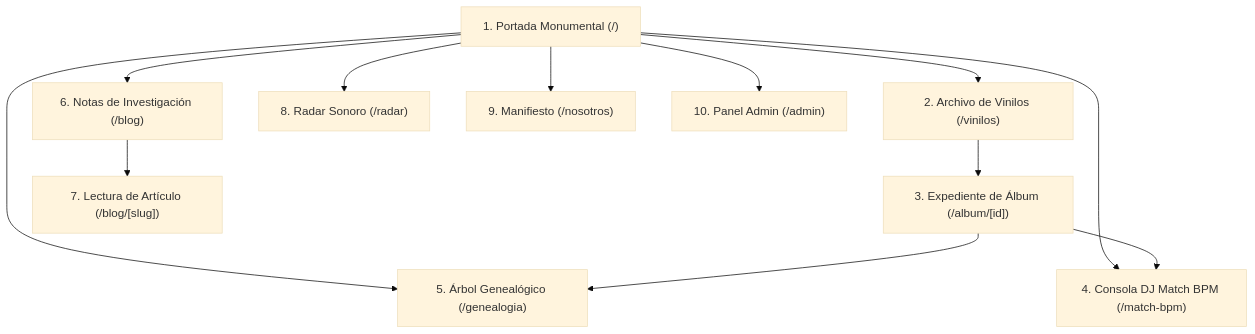
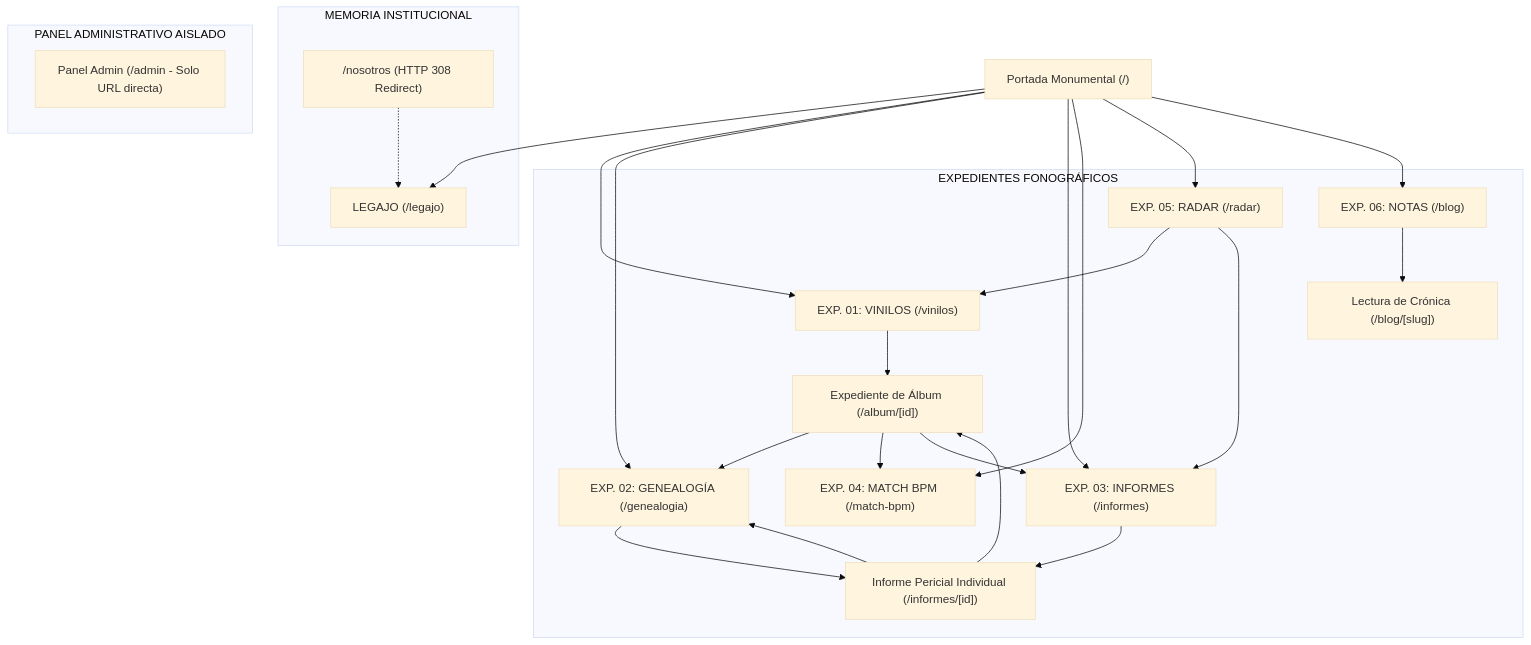
One commit to JorgeJordyJaimes/cumbia-peruana changed the diagram in docs/04-diseno/pantallas.md. Above: the diagram before and after it, drawn with Mermaid (base theme). The commit also changed other lines of this file and 29 other files, not shown here.

Commit message:
feat(navegacion): reorganizar arquitectura en 7 secciones canonicas, crear informes periciales, legajo institucional y aislar admin

````diff
--- a/docs/04-diseno/pantallas.md
+++ b/docs/04-diseno/pantallas.md
@@ -25,25 +27,50 @@
 ```mermaid
 flowchart TD
-    Home["1. Portada Monumental (/)"]
-    Vinilos["2. Archivo de Vinilos (/vinilos)"]
-    AlbumDetail["3. Expediente de Álbum (/album/[id])"]
-    MatchBPM["4. Consola DJ Match BPM (/match-bpm)"]
-    Genealogia["5. Árbol Genealógico (/genealogia)"]
-    Blog["6. Notas de Investigación (/blog)"]
-    BlogSlug["7. Lectura de Artículo (/blog/[slug])"]
-    Radar["8. Radar Sonoro (/radar)"]
-    Nosotros["9. Manifiesto (/nosotros)"]
-    Admin["10. Panel Admin (/admin)"]
+    Home["Portada Monumental (/)"]
+    
+    subgraph Expedientes ["EXPEDIENTES FONOGRÁFICOS"]
+        Exp01["EXP. 01: VINILOS (/vinilos)"]
+        AlbumDetail["Expediente de Álbum (/album/[id])"]
+        Exp02["EXP. 02: GENEALOGÍA (/genealogia)"]
+        Exp03["EXP. 03: INFORMES (/informes)"]
+        InformeDetail["Informe Pericial Individual (/informes/[id])"]
+        Exp04["EXP. 04: MATCH BPM (/match-bpm)"]
+        Exp05["EXP. 05: RADAR (/radar)"]
+        Exp06["EXP. 06: NOTAS (/blog)"]
+        BlogSlug["Lectura de Crónica (/blog/[slug])"]
+    end
 
-    Home --> Vinilos
-    Home --> MatchBPM
-    Home --> Genealogia
-    Home --> Blog
-    Home --> Radar
-    Home --> Nosotros
-    Vinilos --> AlbumDetail
-    AlbumDetail --> Genealogia
-    AlbumDetail --> MatchBPM
-    Blog --> BlogSlug
-    Home --> Admin
+    subgraph Institucional ["MEMORIA INSTITUCIONAL"]
+        Legajo["LEGAJO (/legajo)"]
+        Nosotros["/nosotros (HTTP 308 Redirect)"]
+    end
+
+    subgraph Privado ["PANEL ADMINISTRATIVO AISLADO"]
+        Admin["Panel Admin (/admin - Solo URL directa)"]
+    end
+
+    Home --> Exp01
+    Home --> Exp02
+    Home --> Exp03
+    Home --> Exp04
+    Home --> Exp05
+    Home --> Exp06
+    Home --> Legajo
+
+    Nosotros -.-> Legajo
+
+    Exp01 --> AlbumDetail
+    AlbumDetail --> Exp02
+    AlbumDetail --> Exp04
+    AlbumDetail --> Exp03
+
+    Exp02 --> InformeDetail
+    Exp03 --> InformeDetail
+    InformeDetail --> AlbumDetail
+    InformeDetail --> Exp02
+
+    Exp05 --> Exp01
+    Exp05 --> Exp03
+
+    Exp06 --> BlogSlug
 ```
````
